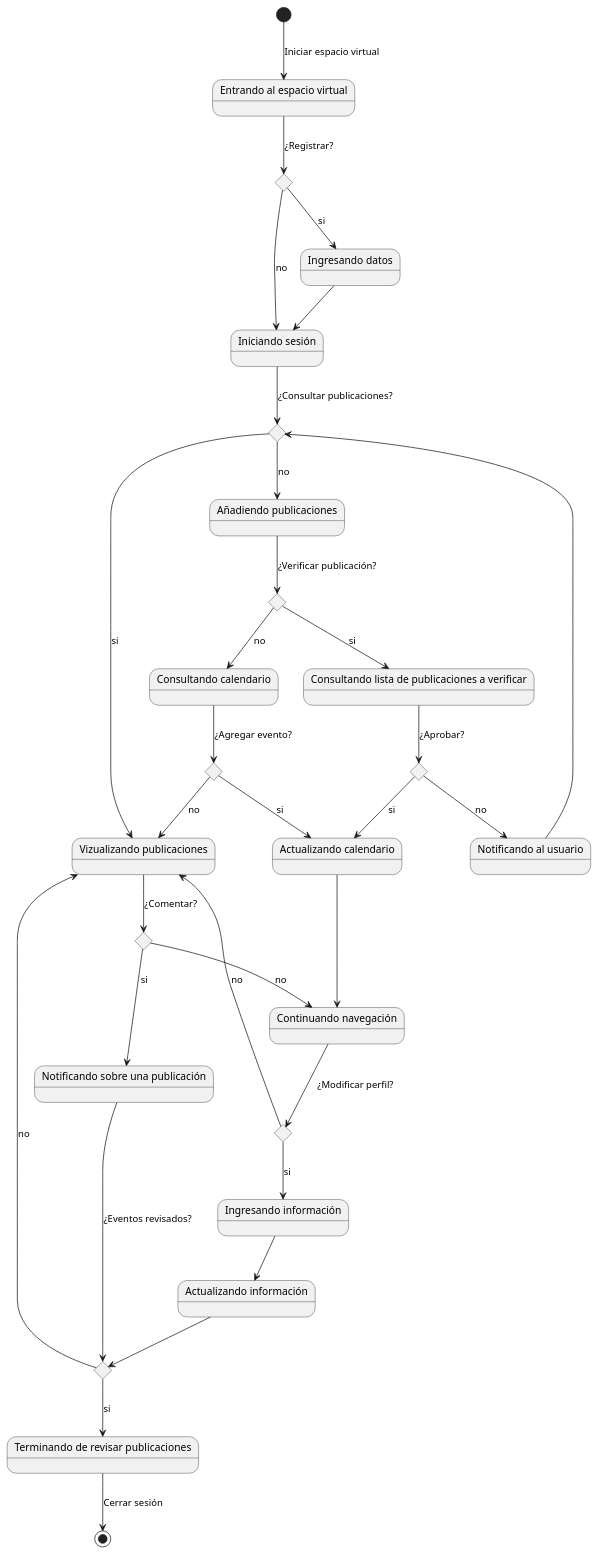
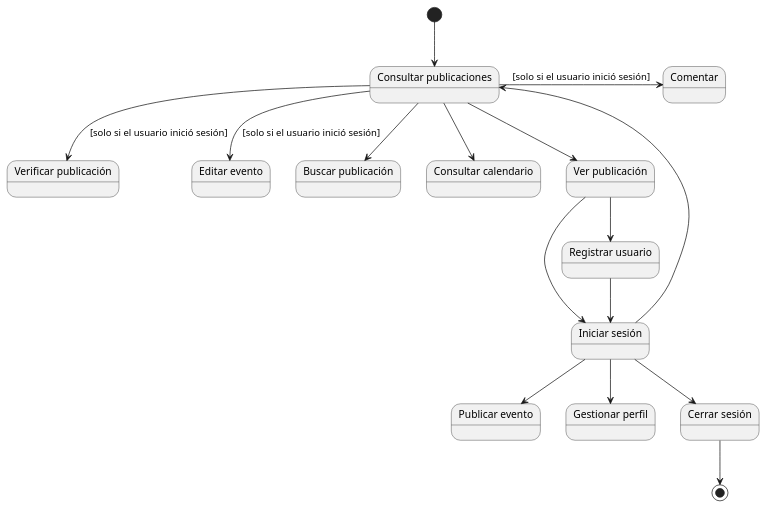
Before and after one commit to Dayannis-07/ING_SOFT: the diagram in docs/scenariosView/stateDiagramUseCases.puml, drawn with PlantUML. The commit also changed 2 other files, not shown here.

Commit message:
state diagram use case update

```diff
--- a/docs/scenariosView/stateDiagramUseCases.puml
+++ b/docs/scenariosView/stateDiagramUseCases.puml
@@ -1,59 +1,32 @@
 @startuml State diagram use cases
-state c1 <<choice>>
-state c2 <<choice>>
-state c3 <<choice>>
-state c4 <<choice>>
-state c5 <<choice>>
-state c6 <<choice>>
-state c7 <<choice>>
-state c8 <<choice>>
-state "Entrando al espacio virtual" as init
-state "Ingresando datos" as data
-state "Iniciando sesión" as inits
-state "Vizualizando publicaciones" as visualizep
-state "Añadiendo publicaciones" as addp 
-state "Consultando calendario" as consultc
-state "Actualizando calendario" as uptadec
-state "Consultando lista de publicaciones a verificar" as list
-state "Notificando al usuario" as notification
-state "Notificando sobre una publicación" as notip
-state "Terminando de revisar publicaciones" as finish
-state "Continuando navegación" as continue
-state "Ingresando información" as perfil
-state "Actualizando información" as safe
 
+state "Verificar publicación" as class1
+state "Iniciar sesión" as class2
+state "Publicar evento" as class3
+state "Comentar" as class4
+state "Editar evento" as class5
+state "Gestionar perfil" as class6
+state "Consultar publicaciones" as class7
+state "Buscar publicación" as class8
+state "Cerrar sesión" as class9
+state "Consultar calendario" as class10
+state "Ver publicación" as class11
+state "Registrar usuario" as class12
 
-[*] --> init: Iniciar espacio virtual
-init-->c1:¿Registrar?
-c1-->data :si
-c1-->inits :no
-data-->inits
-inits-->c2:¿Consultar publicaciones?
-c2-->visualizep :si
-c2--> addp :no
-visualizep-->c3:¿Comentar?
-c3-->notip :si
-c3-->continue :no
-notip-->c4:¿Eventos revisados?
-c4-->finish :si
-finish-->[*] :Cerrar sesión
-c4--> visualizep :no
-addp-->c5: ¿Verificar publicación?
-c5-->list :si
-c5-->consultc :no
-list-->c6:¿Aprobar?
-c6-->uptadec :si
-uptadec-->continue
-c6-->notification :no
-notification-->c2
-consultc-->c7:¿Agregar evento?
-c7-->uptadec :si
-c7--> visualizep :no
-continue-->c8: ¿Modificar perfil?
-c8-->perfil :si
-perfil--> safe
-safe-->c4
-c8-->visualizep :no
-
+[*] --> class7
+class7 --> class11
+class11 --> class12
+class11 --> class2
+class12 --> class2
+class2 --> class9
+class2 --> class6
+class2 --> class3
+class2 --> class7
+class7 --> class8
+class7 -r-> class4: [solo si el usuario inició sesión]
+class7 --> class5: [solo si el usuario inició sesión]
+class7 --> class1: [solo si el usuario inició sesión]
+class7 --> class10
+class9 --> [*]
 
 @enduml
```
